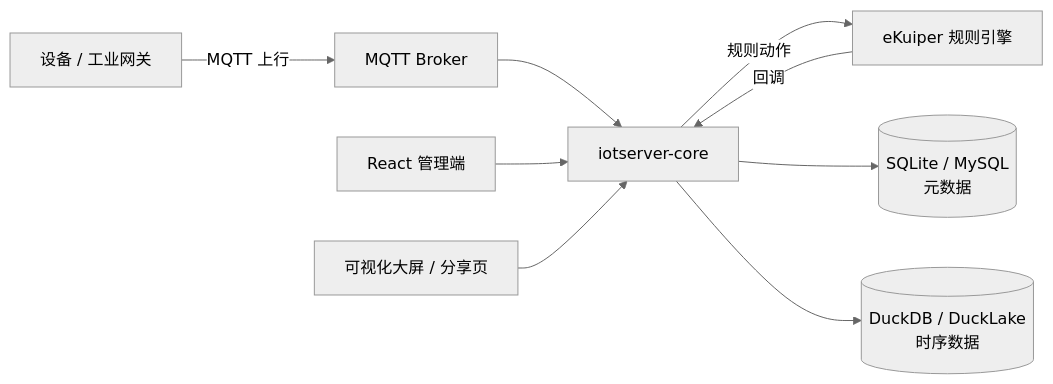
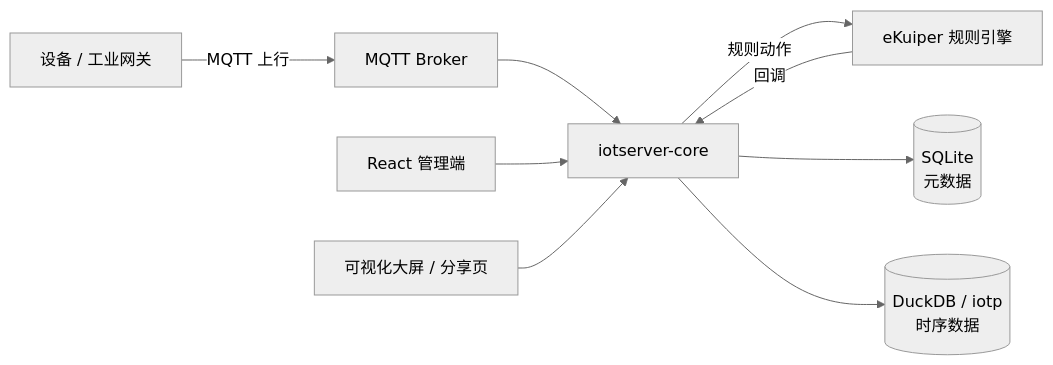
The diagram in README.md (Mengdal/iotserver), drawn with Mermaid (neutral theme) before and after one commit. The commit also changed other lines of this file and 7 other files, not shown here.

````diff
--- a/README.md
+++ b/README.md
@@ -12,12 +12,12 @@
 ```mermaid
 flowchart LR
     A[设备 / 工业网关] -->|MQTT 上行| B[MQTT Broker]
     B --> C[iotserver-core]
     C -->|规则动作| D[eKuiper 规则引擎]
-    C --> E[(SQLite / MySQL<br/>元数据)]
-    C --> F[(DuckDB / DuckLake<br/>时序数据)]
+    C --> E[(SQLite<br/>元数据)]
+    C --> F[(DuckDB / iotp<br/>时序数据)]
     G[React 管理端] --> C
     H[可视化大屏 / 分享页] --> C
 
     D -->|回调| C
 ```
````
